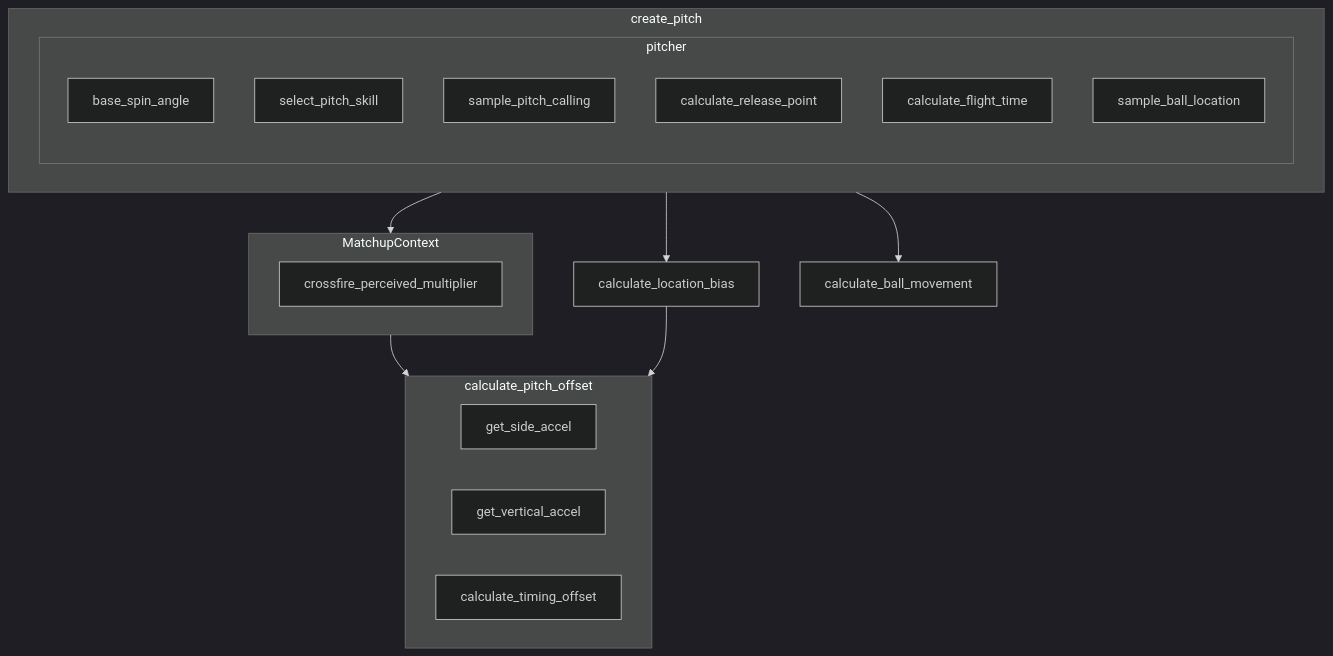
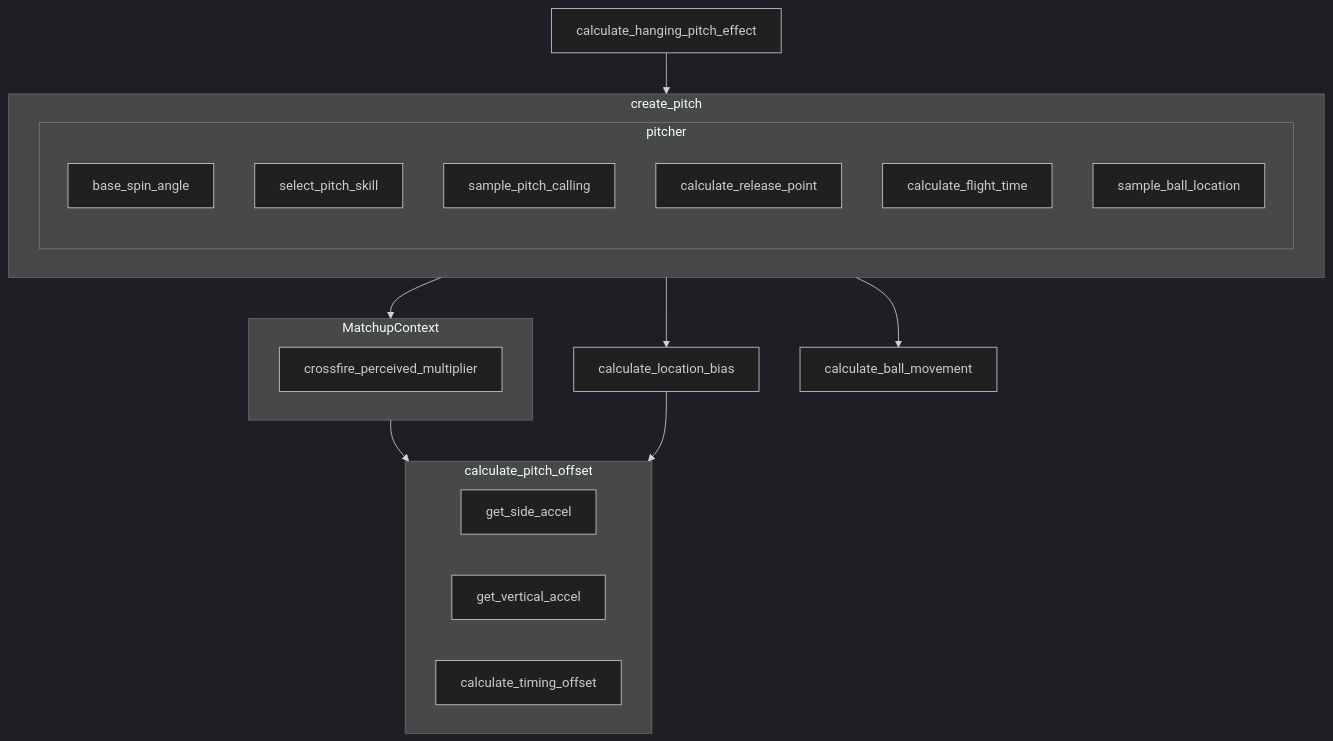
Before and after one commit to torafugu/saberbb: the diagram in docs/mmd/pitching_diagram.mmd, drawn with Mermaid (dark theme). The commit also changed 8 other files, not shown here.

Commit message:
calculate_hanging_pitch_effect was added.

```diff
--- a/docs/mmd/pitching_diagram.mmd
+++ b/docs/mmd/pitching_diagram.mmd
@@ -1,28 +1,29 @@
 flowchart TD
     subgraph pitcher
         base_spin_angle
         select_pitch_skill
         sample_pitch_calling
         calculate_release_point
         calculate_flight_time
         sample_ball_location
     end
 
     subgraph create_pitch
         pitcher
         calculate_flight_time
     end
 
     subgraph MatchupContext
         crossfire_perceived_multiplier
     end
-    
+
+    calculate_hanging_pitch_effect --> create_pitch 
     create_pitch --> MatchupContext --> calculate_pitch_offset
     create_pitch --> calculate_location_bias --> calculate_pitch_offset
     create_pitch --> calculate_ball_movement
 
     subgraph calculate_pitch_offset
         get_side_accel
         get_vertical_accel
         calculate_timing_offset
     end
```
